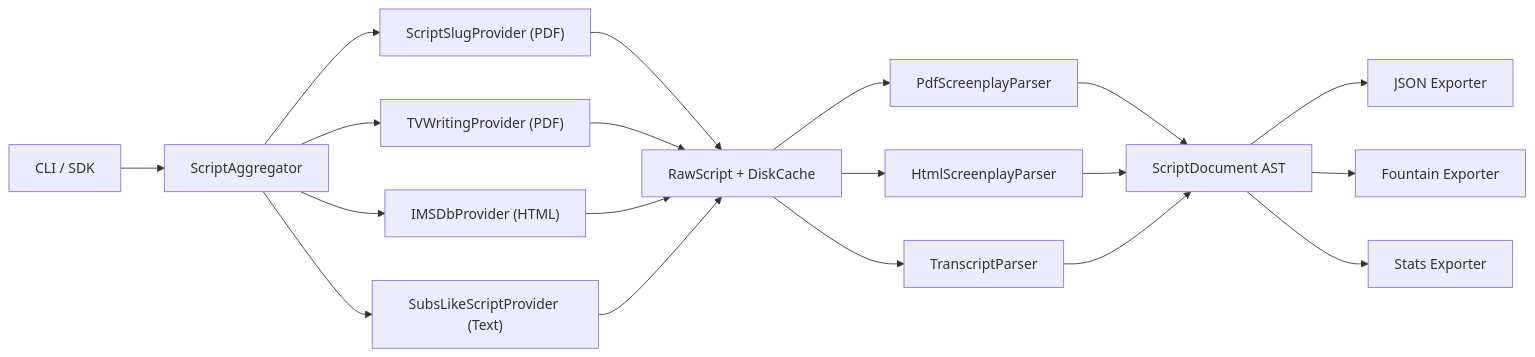
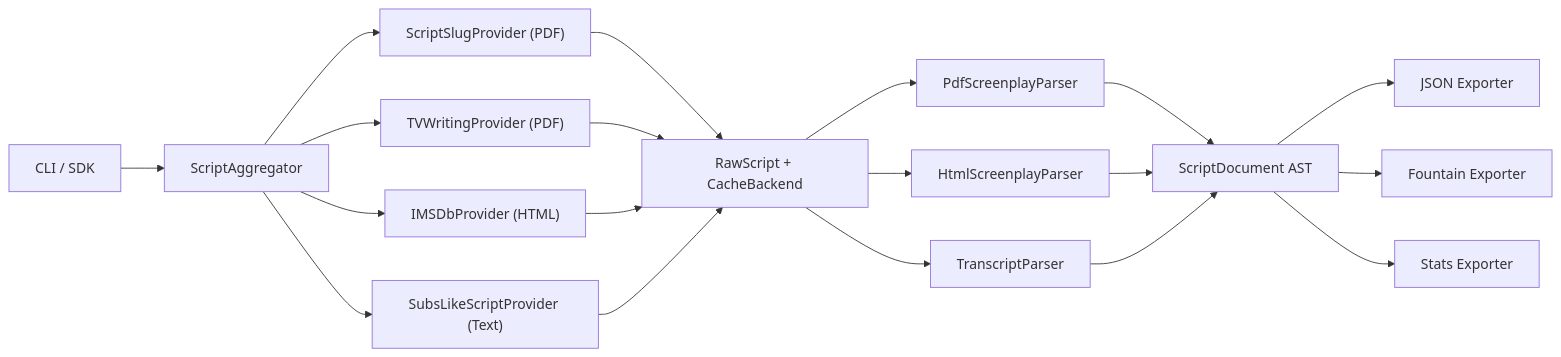
One commit to AtaCanYmc/rtfs changed the diagram in README.md. Above: the diagram before and after it, drawn with Mermaid. The commit also changed other lines of this file and 19 other files, not shown here.

````diff
--- a/README.md
+++ b/README.md
@@ -52,16 +53,16 @@
 ```mermaid
 flowchart LR
     CLI["CLI / SDK"] --> AGG["ScriptAggregator"]
     AGG --> P1["ScriptSlugProvider (PDF)"]
     AGG --> P2["TVWritingProvider (PDF)"]
     AGG --> P3["IMSDbProvider (HTML)"]
     AGG --> P4["SubsLikeScriptProvider (Text)"]
-    P1 & P2 & P3 & P4 --> RAW["RawScript + DiskCache"]
+    P1 & P2 & P3 & P4 --> RAW["RawScript + CacheBackend"]
     RAW --> PDF["PdfScreenplayParser"]
     RAW --> HTML["HtmlScreenplayParser"]
     RAW --> TXT["TranscriptParser"]
     PDF & HTML & TXT --> AST["ScriptDocument AST"]
     AST --> EXP1["JSON Exporter"]
     AST --> EXP2["Fountain Exporter"]
     AST --> EXP3["Stats Exporter"]
 ```
````
